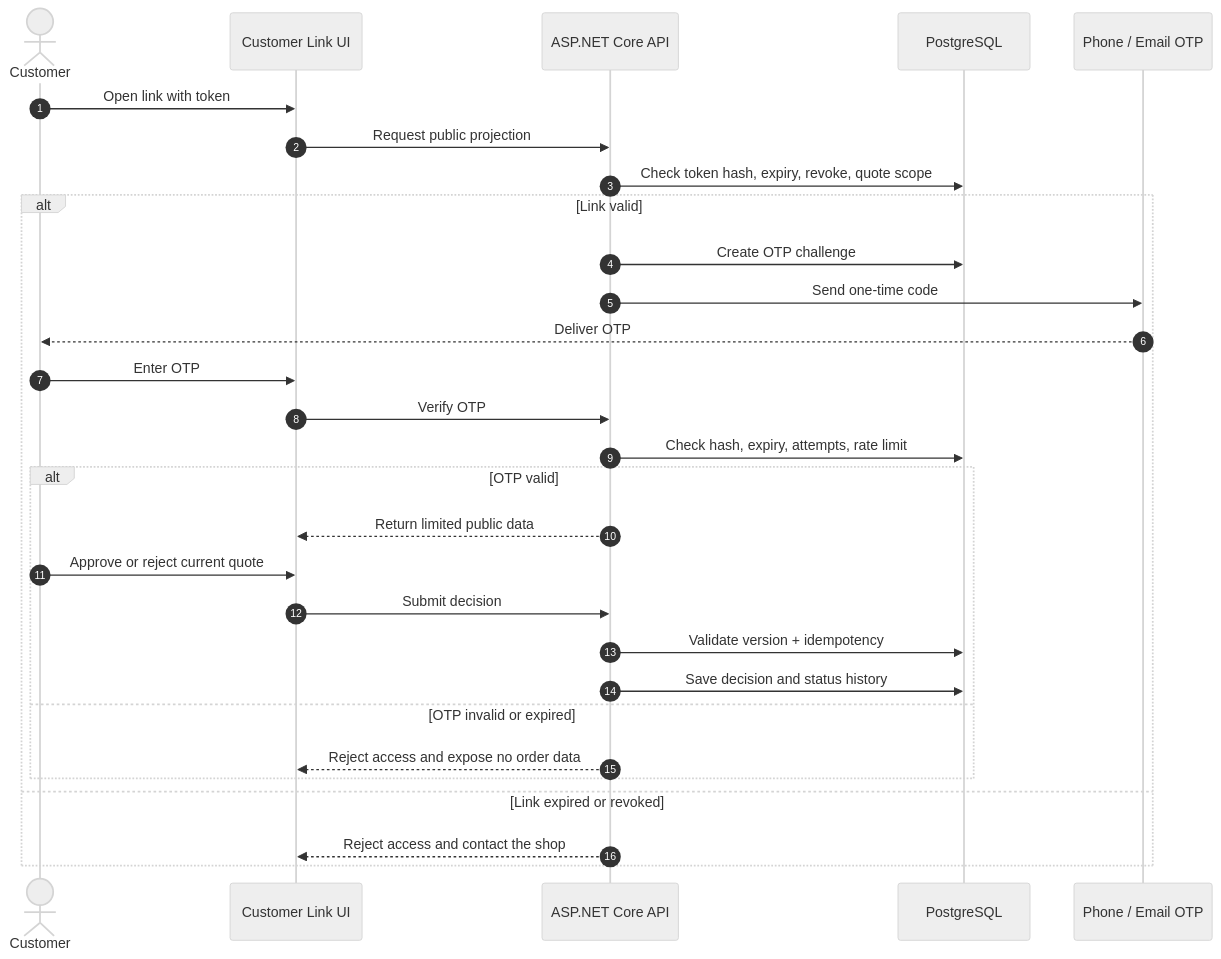
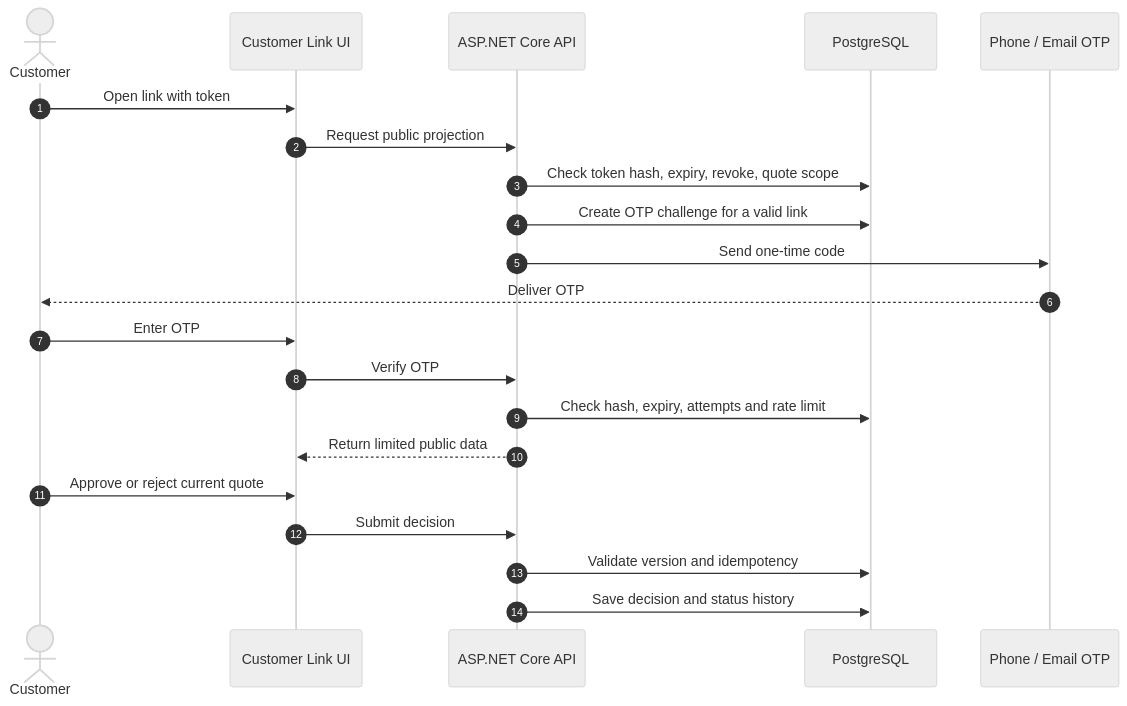
The tenth of 15 diagrams in README.md (datdt03/DOTHANHDAT_INTERN_01278), drawn with Mermaid (neutral theme) before and after one commit. The commit also changed other lines of this file and 18 other files, not shown here.

Commit message:
feat(api): implement access feature with context and endpoints c1-001

````diff
--- a/README.md
+++ b/README.md
@@ -359,34 +359,25 @@
 ```mermaid
 sequenceDiagram
     autonumber
     actor Customer
     participant Portal as Customer Link UI
     participant API as ASP.NET Core API
     participant DB as PostgreSQL
     participant OTP as Phone / Email OTP
 
     Customer->>Portal: Open link with token
     Portal->>API: Request public projection
     API->>DB: Check token hash, expiry, revoke, quote scope
 
-    alt Link valid
-        API->>DB: Create OTP challenge
-        API->>OTP: Send one-time code
-        OTP-->>Customer: Deliver OTP
-        Customer->>Portal: Enter OTP
-        Portal->>API: Verify OTP
-        API->>DB: Check hash, expiry, attempts, rate limit
-
-        alt OTP valid
-            API-->>Portal: Return limited public data
-            Customer->>Portal: Approve or reject current quote
-            Portal->>API: Submit decision
-            API->>DB: Validate version + idempotency
-            API->>DB: Save decision and status history
-        else OTP invalid or expired
-            API-->>Portal: Reject access and expose no order data
-        end
-    else Link expired or revoked
-        API-->>Portal: Reject access and contact the shop
-    end
+    API->>DB: Create OTP challenge for a valid link
+    API->>OTP: Send one-time code
+    OTP-->>Customer: Deliver OTP
+    Customer->>Portal: Enter OTP
+    Portal->>API: Verify OTP
+    API->>DB: Check hash, expiry, attempts and rate limit
+    API-->>Portal: Return limited public data
+    Customer->>Portal: Approve or reject current quote
+    Portal->>API: Submit decision
+    API->>DB: Validate version and idempotency
+    API->>DB: Save decision and status history
 ```
````
